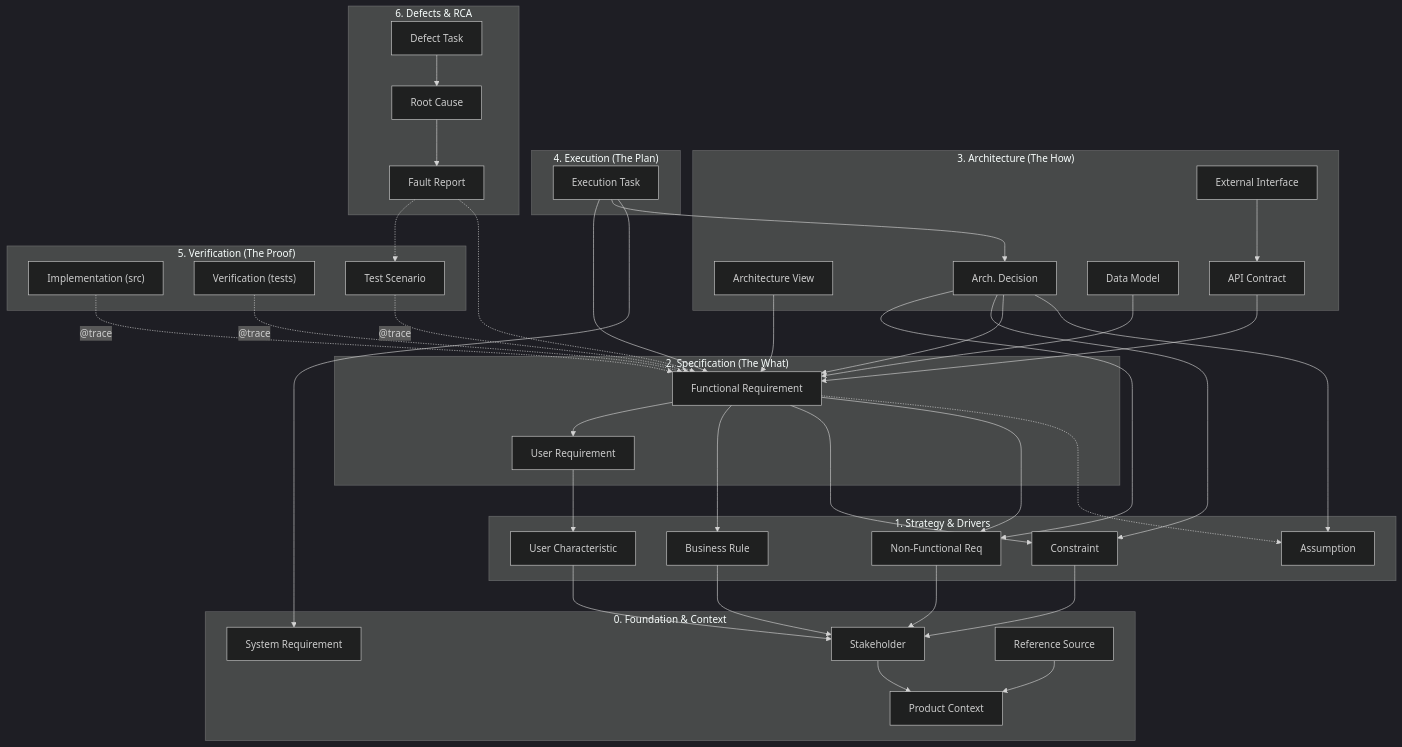
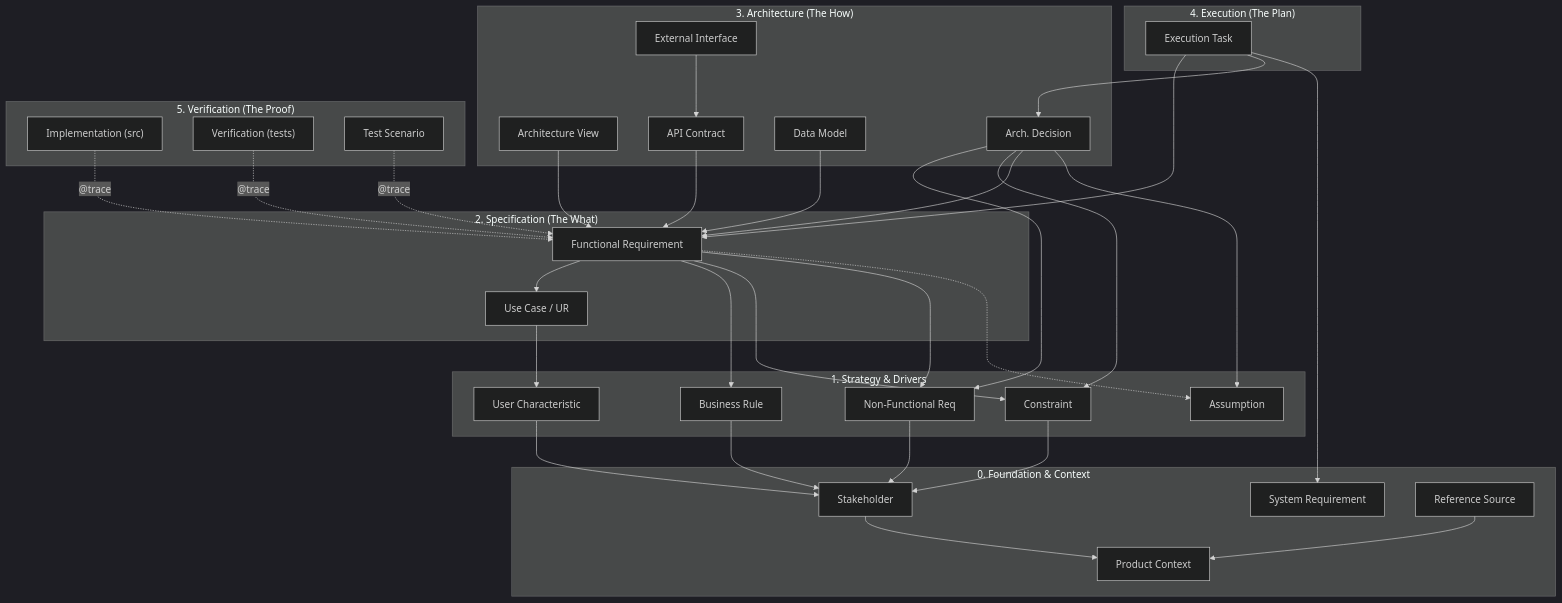
One commit to SergeyVlSorokin/SpecLoom changed the diagram in src/assets/protocol/traceability_map.md. Above: the diagram before and after it, drawn with Mermaid (dark theme). The commit also changed other lines of this file and 13 other files, not shown here.

````diff
--- a/src/assets/protocol/traceability_map.md
+++ b/src/assets/protocol/traceability_map.md
@@ -14,58 +13,51 @@
 ```mermaid
 graph TD
     subgraph Layer_0_Foundation ["0. Foundation & Context"]
         SYS[System Requirement]
         CTX[Product Context]
         STK[Stakeholder] --> CTX
         REF[Reference Source] --> CTX
     end
 
     subgraph Layer_1_Drivers ["1. Strategy & Drivers"]
         BR[Business Rule] --> STK
         NFR[Non-Functional Req] --> STK
         CON[Constraint] --> STK
         UCH[User Characteristic] --> STK
         ASM[Assumption]
     end
 
     subgraph Layer_2_Specification ["2. Specification (The What)"]
-        UR[User Requirement] --> UCH
+        UR[Use Case / UR] --> UCH
         FR[Functional Requirement] --> UR
         FR --> BR
         FR --> CON
         FR --> NFR
         FR -.-> ASM
     end
 
     subgraph Layer_3_Architecture ["3. Architecture (The How)"]
         VIEW[Architecture View] --> FR
         API[API Contract] --> FR
         DATA[Data Model] --> FR
         EXT[External Interface] --> API
         
         %% ADRs can be triggered by any requirement or assumption
         ADR[Arch. Decision] --> NFR
         ADR --> CON
         ADR --> FR
         ADR --> ASM
     end
 
     subgraph Layer_4_Execution ["4. Execution (The Plan)"]
         TASK[Execution Task] --> FR
         TASK --> ADR
         TASK --> SYS
     end
     
     subgraph Layer_5_Verification ["5. Verification (The Proof)"]
         CODE["Implementation (src)"] -.->|"@trace"| FR
         TEST["Verification (tests)"] -.->|"@trace"| FR
         SCN[Test Scenario] -.->|"@trace"| FR
     end
-
-    subgraph Layer_6_Defects ["6. Defects & RCA"]
-        FRT[Fault Report] -.-> SCN
-        FRT -.-> FR
-        RCA[Root Cause] --> FRT
-        TASK_DEFECT[Defect Task] --> RCA
-    end
 ```
````
